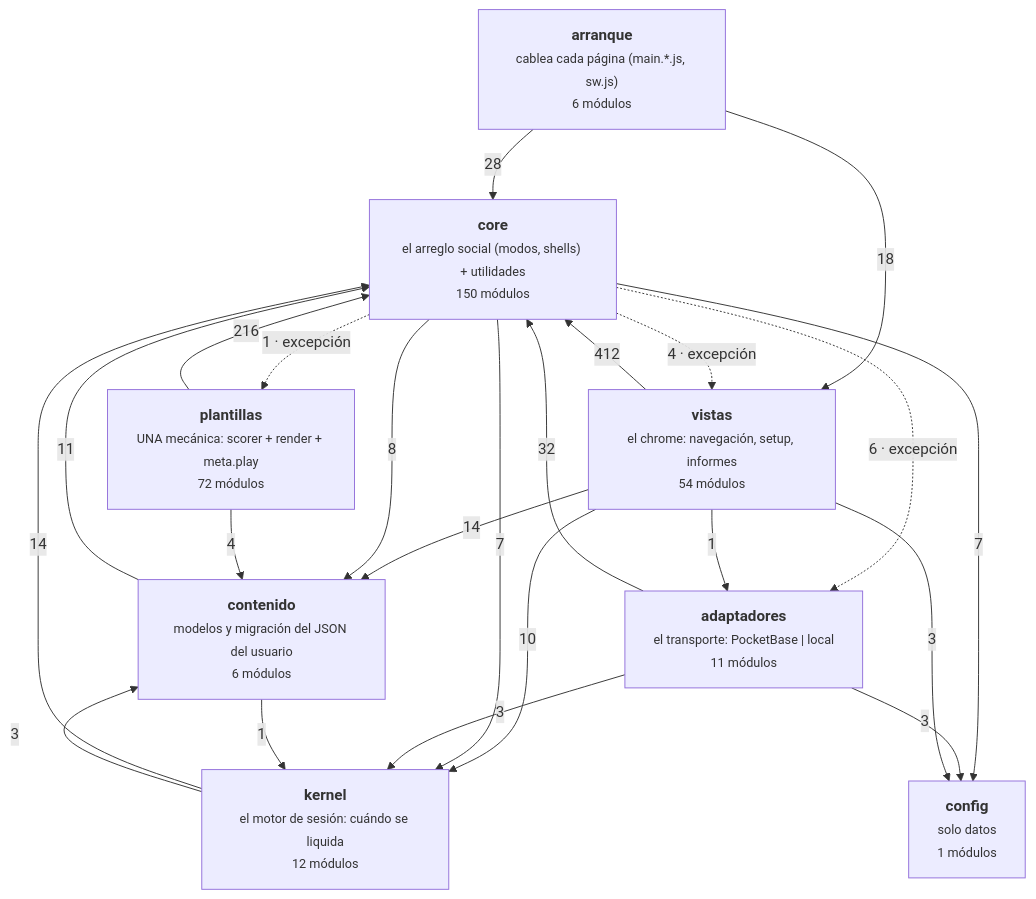
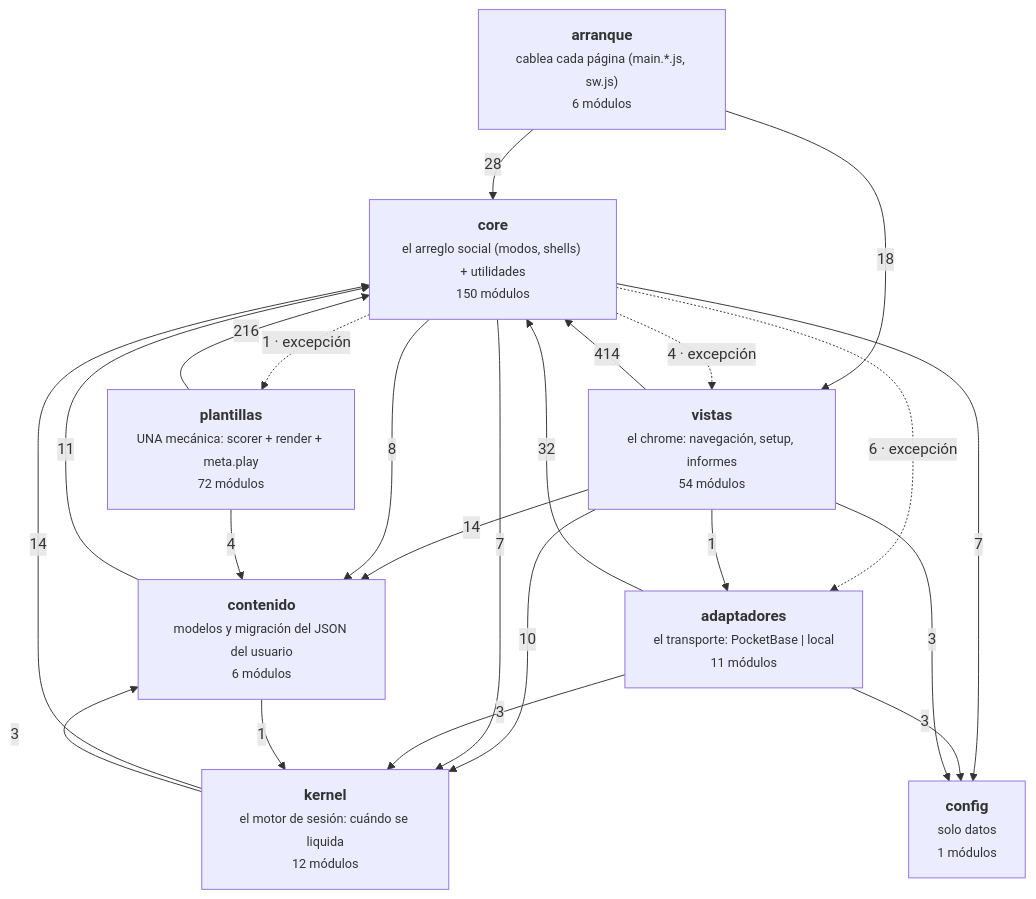
One commit to duecaz/ac changed the diagram in docs/arquitectura-modulos.md. Above: the diagram before and after it, drawn with Mermaid. The commit also changed other lines of this file and 23 other files, not shown here.

````diff
--- a/docs/arquitectura-modulos.md
+++ b/docs/arquitectura-modulos.md
@@ -56,33 +56,33 @@
 ```mermaid
 graph TD
   A["<b>arranque</b><br/><small>cablea cada página (main.*.js, sw.js)</small><br/><small>6 módulos</small>"]
   V["<b>vistas</b><br/><small>el chrome: navegación, setup, informes</small><br/><small>54 módulos</small>"]
   AD["<b>adaptadores</b><br/><small>el transporte: PocketBase | local</small><br/><small>11 módulos</small>"]
   C["<b>core</b><br/><small>el arreglo social (modos, shells) + utilidades</small><br/><small>150 módulos</small>"]
   K["<b>kernel</b><br/><small>el motor de sesión: cuándo se liquida</small><br/><small>12 módulos</small>"]
   T["<b>plantillas</b><br/><small>UNA mecánica: scorer + render + meta.play</small><br/><small>72 módulos</small>"]
   CO["<b>contenido</b><br/><small>modelos y migración del JSON del usuario</small><br/><small>6 módulos</small>"]
   CF["<b>config</b><br/><small>solo datos</small><br/><small>1 módulos</small>"]
-  V -->|412| C
+  V -->|414| C
   T -->|216| C
   AD -->|32| C
   A -->|28| C
   A -->|18| V
   K -->|14| C
   V -->|14| CO
   CO -->|11| C
   V -->|10| K
   C -->|8| CO
   C -->|7| K
   C -->|7| CF
   C -.->|6 · excepción| AD
   C -.->|4 · excepción| V
   T -->|4| CO
   AD -->|3| CF
   AD -->|3| K
   K -->|3| CO
   V -->|3| CF
   C -.->|1 · excepción| T
   CO -->|1| K
   V -->|1| AD
 ```
````
